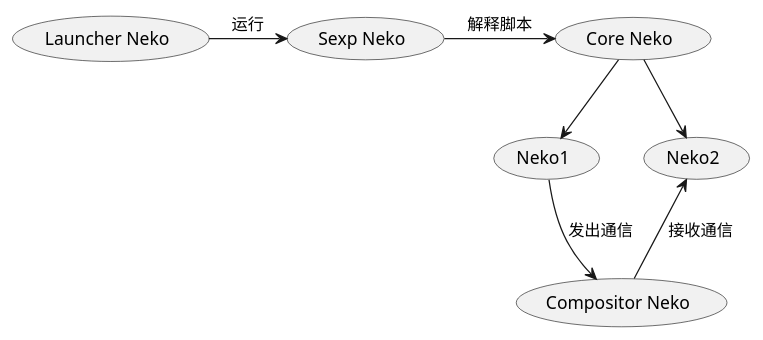
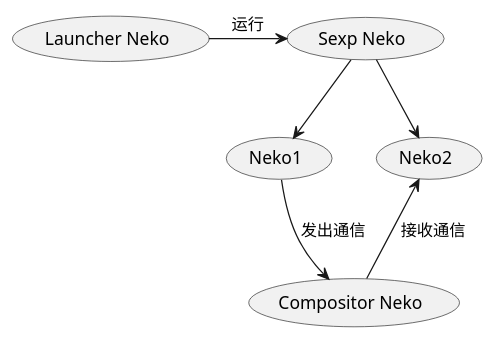
One commit to MinkieYume/LiquidNeko changed the diagram in docs/LiquidNeko架构.org. Above: the diagram before and after it, drawn with PlantUML. The commit also changed other lines of this file and 4 other files, not shown here.

```diff
--- a/docs/LiquidNeko架构.org
+++ b/docs/LiquidNeko架构.org
@@ -4,8 +4,7 @@
 #+BEGIN_SRC plantuml :file liquidneko_strcut.png
 (Launcher Neko) -> (Sexp Neko):运行
-(Sexp Neko) -> (Core Neko):解释脚本
-(Core Neko) --> (Neko1)
-(Core Neko) --> (Neko2)
+(Sexp Neko) --> (Neko1)
+(Sexp Neko) --> (Neko2)
 (Neko1) --> (Compositor Neko):发出通信
 (Neko2) <-- (Compositor Neko):接收通信
 #+END_SRC
```
